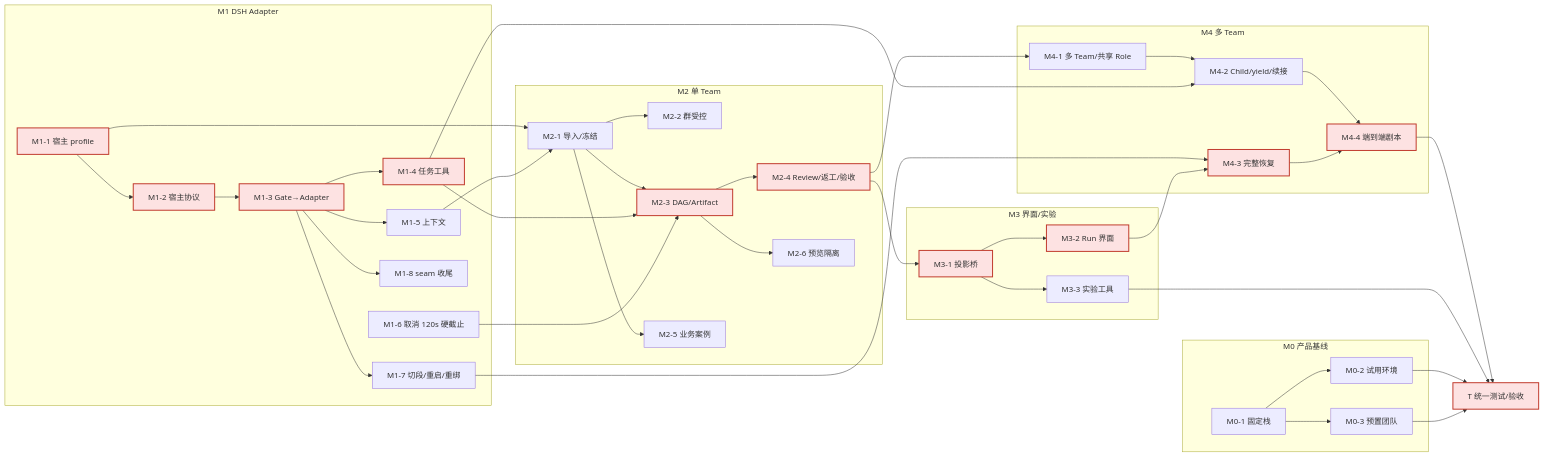
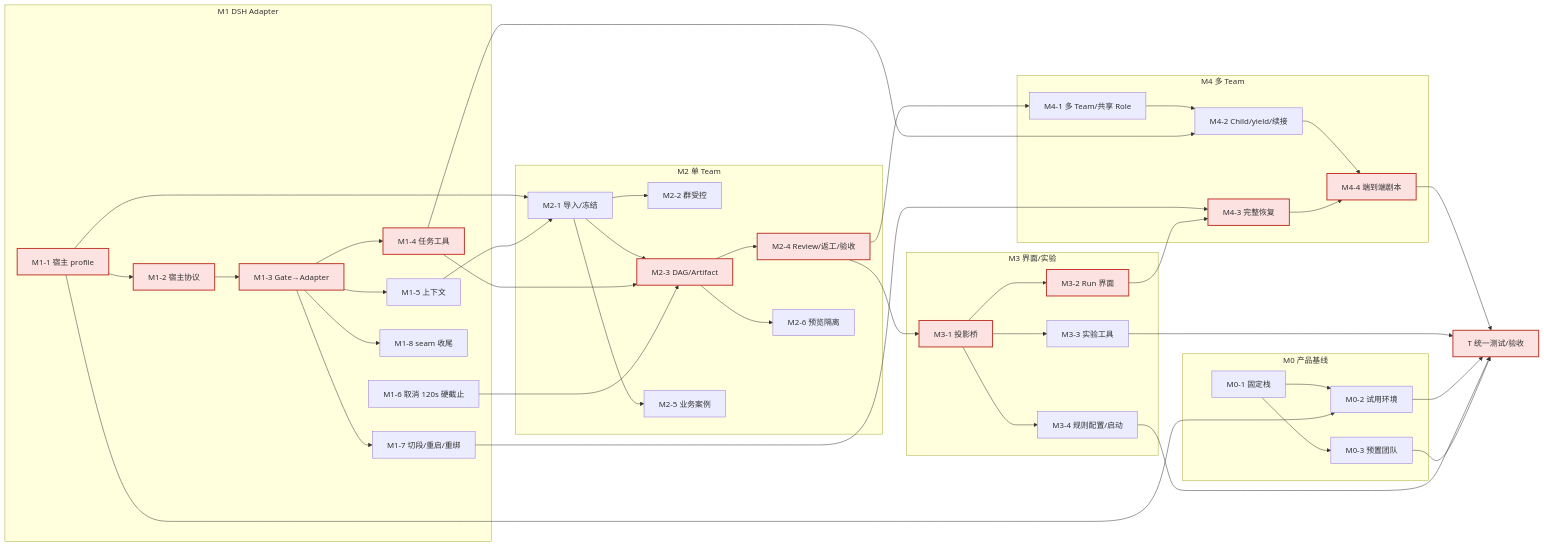
One commit to kms9/pi-learn changed the diagram in docs/dsh-squad-dev-plan-2026-10-18.md. Above: the diagram before and after it, drawn with Mermaid. The commit also changed other lines of this file and 7 other files, not shown here.

````diff
--- a/docs/dsh-squad-dev-plan-2026-10-18.md
+++ b/docs/dsh-squad-dev-plan-2026-10-18.md
@@ -115,48 +138,51 @@
 ```mermaid
 flowchart LR
   subgraph M0[M0 产品基线]
     M01[M0-1 固定栈] --> M02[M0-2 试用环境]
     M01 --> M03[M0-3 预置团队]
   end
   subgraph M1[M1 DSH Adapter]
     M11[M1-1 宿主 profile] --> M12[M1-2 宿主协议]
     M12 --> M13[M1-3 Gate→Adapter]
     M13 --> M14[M1-4 任务工具]
     M13 --> M15[M1-5 上下文]
     M13 --> M17[M1-7 切段/重启/重绑]
     M13 --> M18[M1-8 seam 收尾]
     M16[M1-6 取消 120s 硬截止]
   end
   subgraph M2[M2 单 Team]
     M21[M2-1 导入/冻结] --> M22[M2-2 群受控]
     M21 --> M23[M2-3 DAG/Artifact]
     M23 --> M24[M2-4 Review/返工/验收]
     M21 --> M25[M2-5 业务案例]
     M23 --> M26[M2-6 预览隔离]
   end
   subgraph M3[M3 界面/实验]
     M31[M3-1 投影桥] --> M32[M3-2 Run 界面]
     M31 --> M33[M3-3 实验工具]
+    M31 --> M34[M3-4 规则配置/启动]
   end
   subgraph M4[M4 多 Team]
     M41[M4-1 多 Team/共享 Role] --> M42[M4-2 Child/yield/续接]
     M42 --> M44[M4-4 端到端剧本]
     M43[M4-3 完整恢复] --> M44
   end
   M11 --> M21
   M15 --> M21
   M14 --> M23
   M24 --> M31
   M24 --> M41
   M14 --> M42
   M17 --> M43
   M32 --> M43
   M44 --> T[T 统一测试/验收]
   M33 --> T
   M02 --> T
+  M34 --> T
+  M11 --> M02
   M03 --> T
   M16 --> M23
 
   classDef crit fill:#fde2e2,stroke:#c0392b,stroke-width:2px
   class M11,M12,M13,M14,M23,M24,M31,M32,M43,M44,T crit
 ```
````
